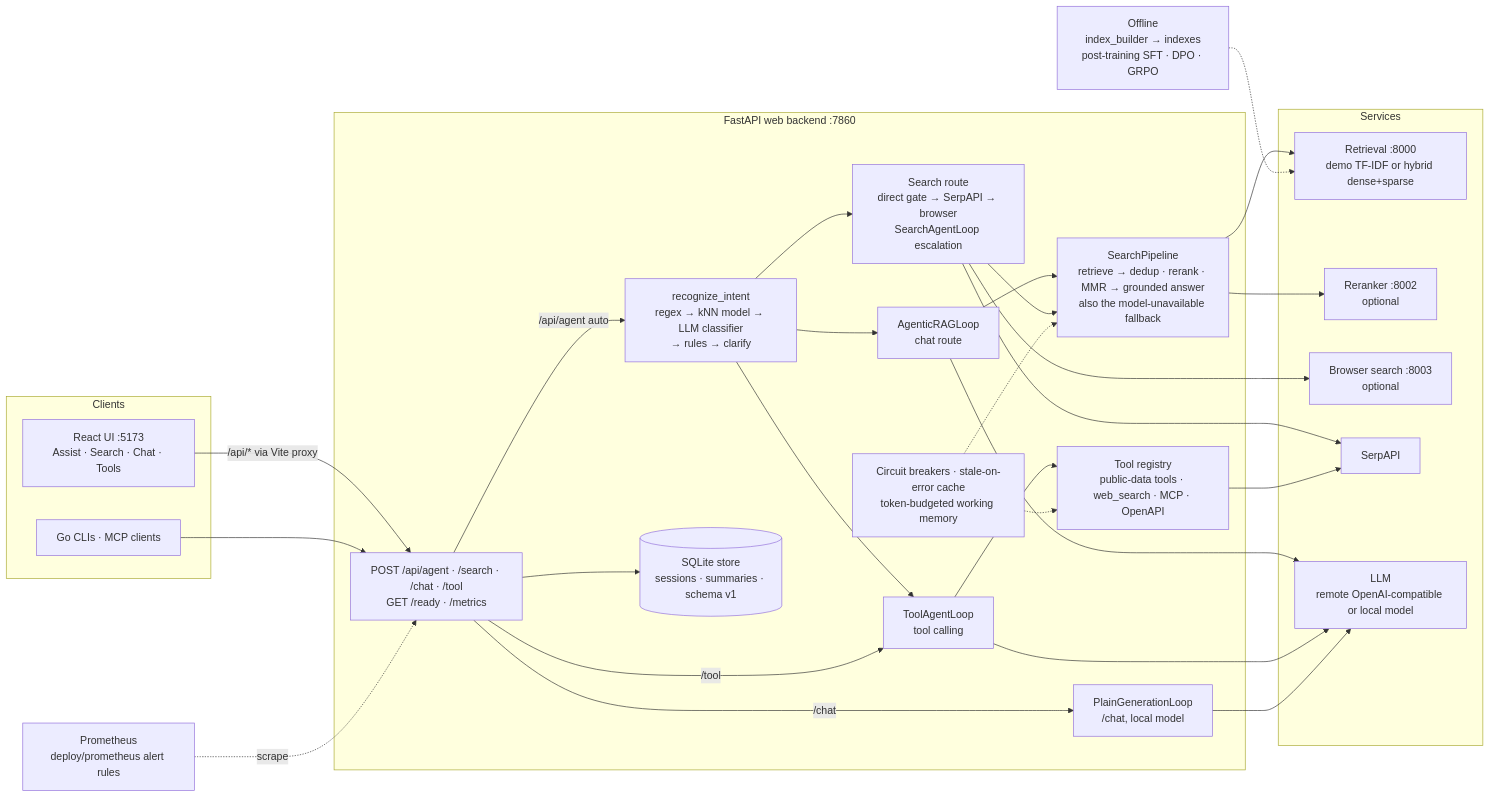
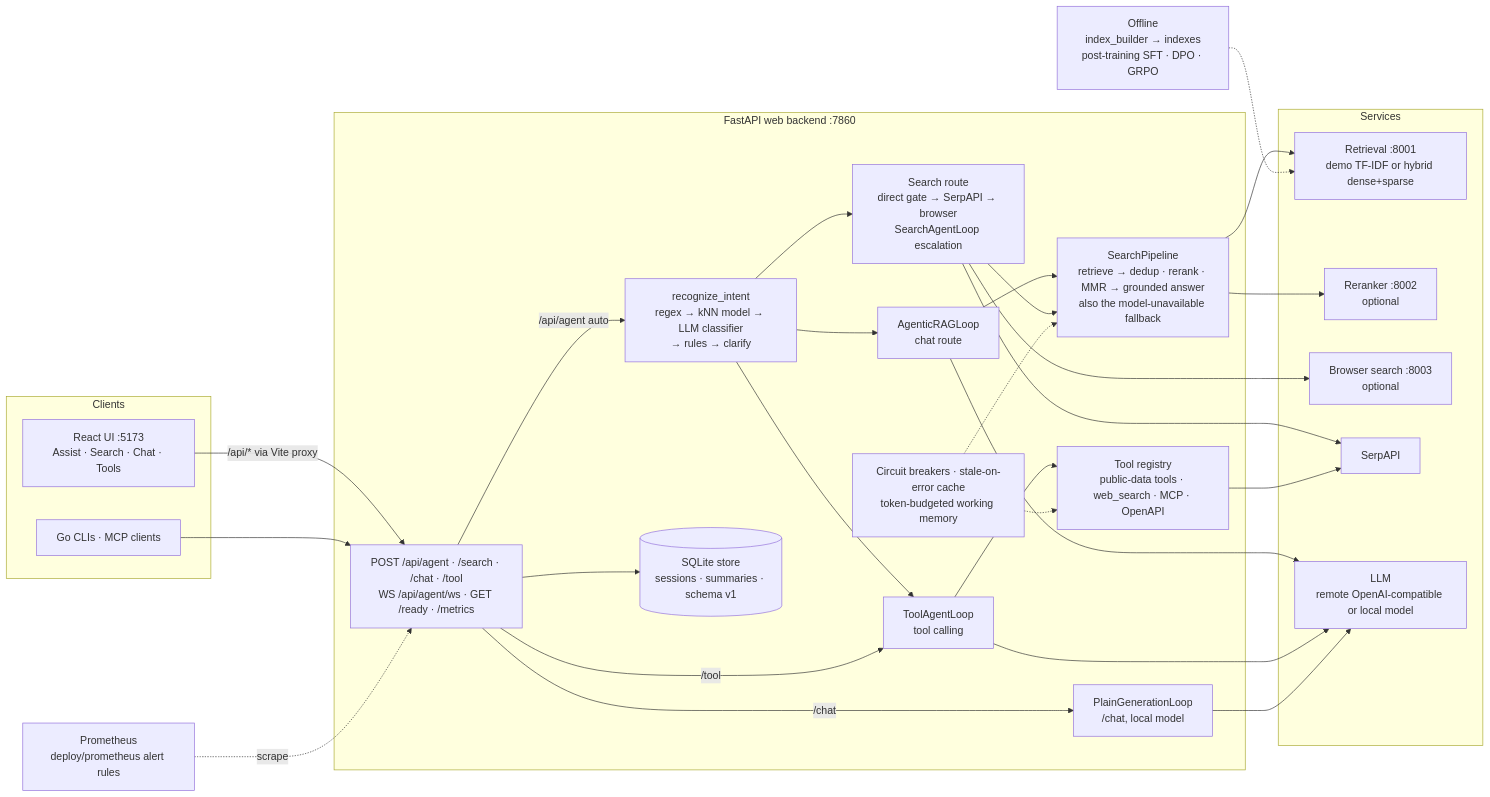
The first of 3 diagrams in README.md (lingduoduo/Agentic-Search-GRPO), drawn with Mermaid before and after one commit. The commit also changed other lines of this file and 2 other files, not shown here.

````diff
--- a/README.md
+++ b/README.md
@@ -24,56 +24,56 @@
 ```mermaid
 flowchart LR
     subgraph clients["Clients"]
         UI["React UI :5173<br/>Assist · Search · Chat · Tools"]
         CLI["Go CLIs · MCP clients"]
     end
 
     subgraph web["FastAPI web backend :7860"]
-        API["POST /api/agent · /search · /chat · /tool<br/>GET /ready · /metrics"]
+        API["POST /api/agent · /search · /chat · /tool<br/>WS /api/agent/ws · GET /ready · /metrics"]
         Router["recognize_intent<br/>regex → kNN model → LLM classifier<br/>→ rules → clarify"]
         Chat["AgenticRAGLoop<br/>chat route"]
         Search["Search route<br/>direct gate → SerpAPI → browser<br/>SearchAgentLoop escalation"]
         Tool["ToolAgentLoop<br/>tool calling"]
         Plain["PlainGenerationLoop<br/>/chat, local model"]
         Pipeline["SearchPipeline<br/>retrieve → dedup · rerank · MMR → grounded answer<br/>also the model-unavailable fallback"]
         Registry["Tool registry<br/>public-data tools · web_search · MCP · OpenAPI"]
         Resilience["Circuit breakers · stale-on-error cache<br/>token-budgeted working memory"]
         Store[("SQLite store<br/>sessions · summaries · schema v1")]
     end
 
     subgraph services["Services"]
-        Retrieval["Retrieval :8000<br/>demo TF-IDF or hybrid dense+sparse"]
+        Retrieval["Retrieval :8001<br/>demo TF-IDF or hybrid dense+sparse"]
         Rerank["Reranker :8002<br/>optional"]
         Browser["Browser search :8003<br/>optional"]
         SerpAPI["SerpAPI"]
         LLM["LLM<br/>remote OpenAI-compatible or local model"]
     end
 
     Offline["Offline<br/>index_builder → indexes<br/>post-training SFT · DPO · GRPO"]
     Prom["Prometheus<br/>deploy/prometheus alert rules"]
 
     UI -->|"/api/* via Vite proxy"| API
     CLI --> API
     API -->|"/api/agent auto"| Router
     Router --> Chat
     Router --> Search
     Router --> Tool
     API -->|"/tool"| Tool
     API -->|"/chat"| Plain
     Chat --> Pipeline
     Search --> Pipeline
     Tool --> Registry
     Pipeline --> Retrieval
     Pipeline --> Rerank
     Search --> SerpAPI
     Search --> Browser
     Registry --> SerpAPI
     Chat --> LLM
     Tool --> LLM
     Plain --> LLM
     API --> Store
     Resilience -.-> Pipeline
     Resilience -.-> Registry
     Offline -.-> Retrieval
     Prom -.->|"scrape"| API
 ```
````
